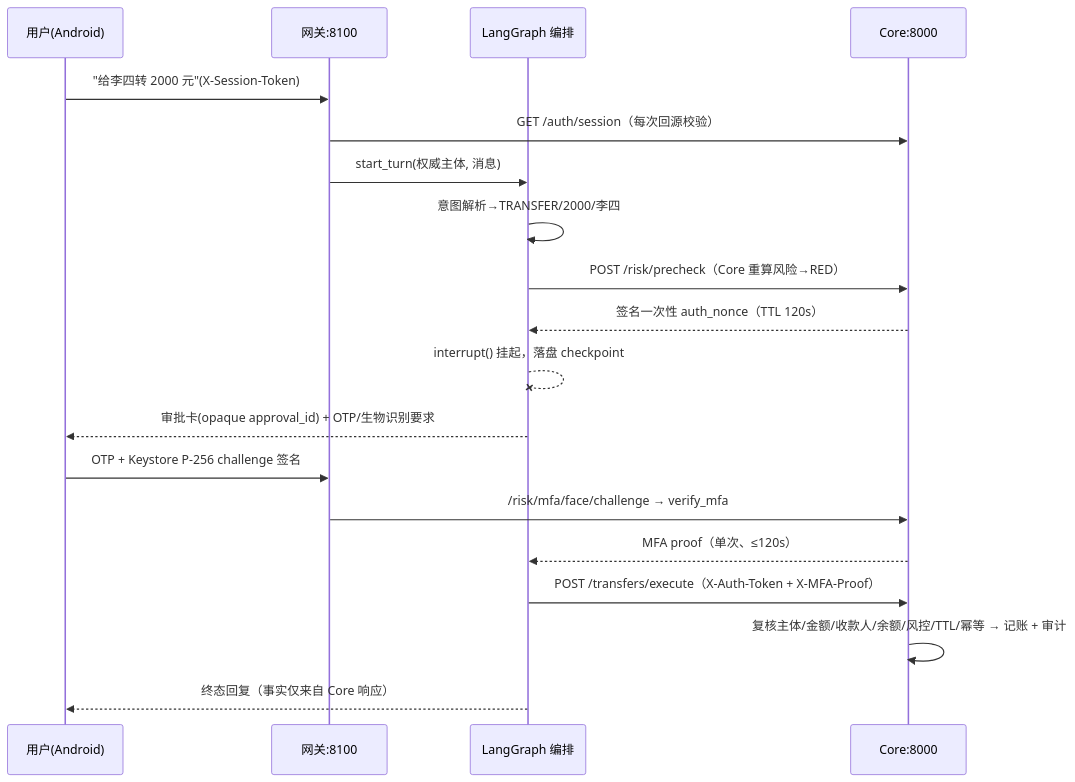
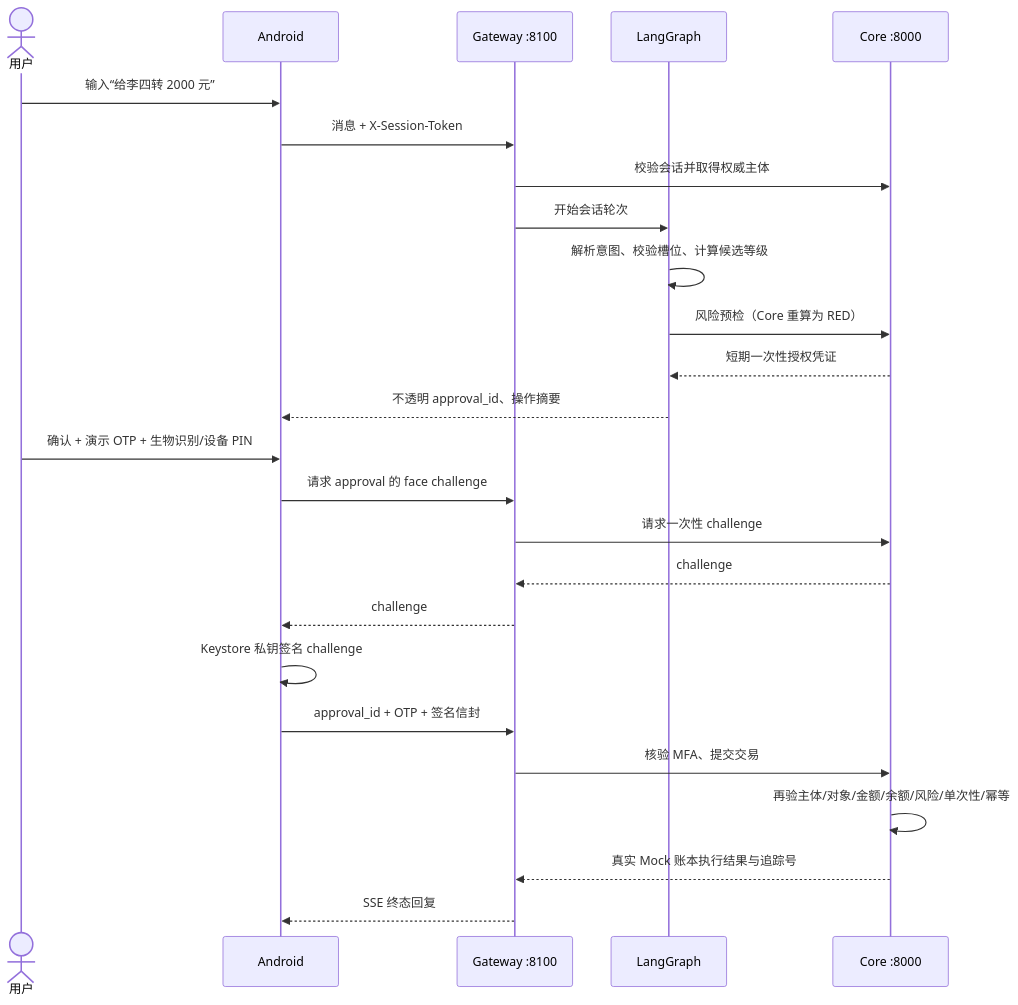
The second of 2 diagrams in docs/技术文档.md (Zagadka-3906/ai-banking-agent), drawn with Mermaid before and after one commit. The commit also changed other lines of this file and 136 other files, not shown here.

Commit message:
chore: focus demo on local core and Android emulator

````diff
--- a/docs/技术文档.md
+++ b/docs/技术文档.md
@@ -57,22 +43,27 @@
 ```mermaid
 sequenceDiagram
-    participant U as 用户(Android)
-    participant GW as 网关:8100
-    participant LG as LangGraph 编排
-    participant C as Core:8000
-
-    U->>GW: "给李四转 2000 元"(X-Session-Token)
-    GW->>C: GET /auth/session（每次回源校验）
-    GW->>LG: start_turn(权威主体, 消息)
-    LG->>LG: 意图解析→TRANSFER/2000/李四
-    LG->>C: POST /risk/precheck（Core 重算风险→RED）
-    C-->>LG: 签名一次性 auth_nonce（TTL 120s）
-    LG--xLG: interrupt() 挂起，落盘 checkpoint
-    LG-->>U: 审批卡(opaque approval_id) + OTP/生物识别要求
-    U->>GW: OTP + Keystore P-256 challenge 签名
-    GW->>C: /risk/mfa/face/challenge → verify_mfa
-    C-->>LG: MFA proof（单次、≤120s）
-    LG->>C: POST /transfers/execute（X-Auth-Token + X-MFA-Proof）
-    C->>C: 复核主体/金额/收款人/余额/风控/TTL/幂等 → 记账 + 审计
-    LG-->>U: 终态回复（事实仅来自 Core 响应）
+    actor U as 用户
+    participant A as Android
+    participant G as Gateway :8100
+    participant L as LangGraph
+    participant C as Core :8000
+    U->>A: 输入“给李四转 2000 元”
+    A->>G: 消息 + X-Session-Token
+    G->>C: 校验会话并取得权威主体
+    G->>L: 开始会话轮次
+    L->>L: 解析意图、校验槽位、计算候选等级
+    L->>C: 风险预检（Core 重算为 RED）
+    C-->>L: 短期一次性授权凭证
+    L-->>A: 不透明 approval_id、操作摘要
+    U->>A: 确认 + 演示 OTP + 生物识别/设备 PIN
+    A->>G: 请求 approval 的 face challenge
+    G->>C: 请求一次性 challenge
+    C-->>G: challenge
+    G-->>A: challenge
+    A->>A: Keystore 私钥签名 challenge
+    A->>G: approval_id + OTP + 签名信封
+    G->>C: 核验 MFA、提交交易
+    C->>C: 再验主体/对象/金额/余额/风险/单次性/幂等
+    C-->>G: 真实 Mock 账本执行结果与追踪号
+    G-->>A: SSE 终态回复
 ```
````
